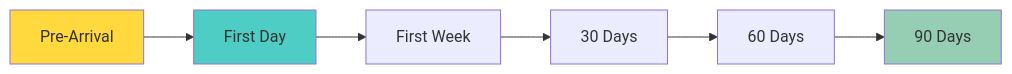
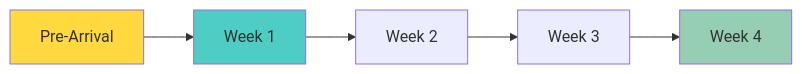
One commit to klysera/people-and-culture changed the second of 2 diagrams in Hiring-Onboarding/_Overview.md. Above: the diagram before and after it, drawn with Mermaid. The commit also changed other lines of this file and 5 other files, not shown here.

First line of the commit message:
Fix remaining 90-day references to 30-day onboarding timeline

````diff
--- a/Hiring-Onboarding/_Overview.md
+++ b/Hiring-Onboarding/_Overview.md
@@ -99,12 +99,11 @@
 ```mermaid
 graph LR
-    A[Pre-Arrival] --> B[First Day]
-    B --> C[First Week]
-    C --> D[30 Days]
-    D --> E[60 Days]
-    E --> F[90 Days]
+    A[Pre-Arrival] --> B[Week 1]
+    B --> C[Week 2]
+    C --> D[Week 3]
+    D --> E[Week 4]
 
     style A fill:#FFD93D
     style B fill:#4ECDC4
-    style F fill:#96CEB4
+    style E fill:#96CEB4
 ```
````
